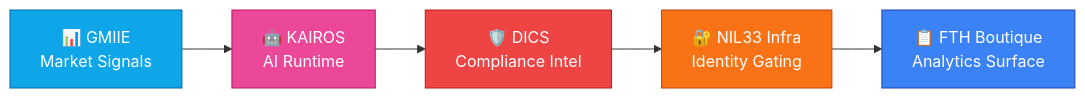
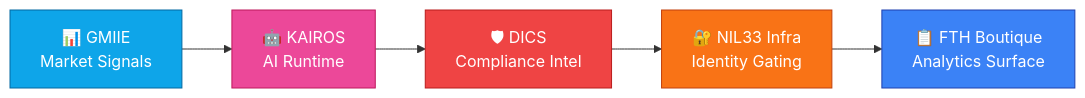
One commit to FTHTrading/kevan-burns-empire- changed the sixth of 7 diagrams in README.md. Above: the diagram before and after it, drawn with Mermaid. The commit also changed other lines of this file and 28 other files, not shown here.

````diff
--- a/README.md
+++ b/README.md
@@ -579,13 +578,13 @@
 ```mermaid
 flowchart LR
     A["📊 GMIIE<br/>Market Signals"] --> B["🤖 KAIROS<br/>AI Runtime"]
-    B --> C["🛡️ DICS<br/>Compliance Intel"]
+    B --> C["🛡 DICS<br/>Compliance Intel"]
     C --> D["🔐 NIL33 Infra<br/>Identity Gating"]
     D --> E["📋 FTH Boutique<br/>Analytics Surface"]
     
     style A fill:#0ea5e9,stroke:#0369a1,color:#fff
     style B fill:#ec4899,stroke:#be185d,color:#fff
     style C fill:#ef4444,stroke:#b91c1c,color:#fff
     style D fill:#f97316,stroke:#c2410c,color:#fff
     style E fill:#3b82f6,stroke:#1e40af,color:#fff
 ```
````
